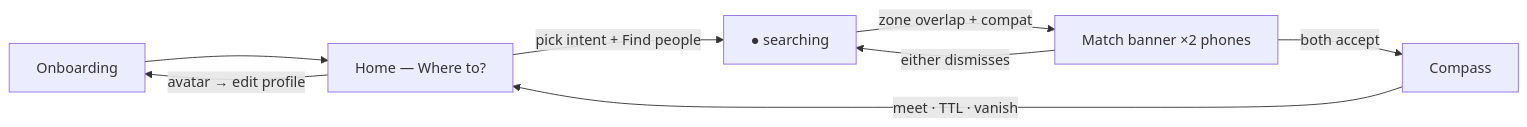
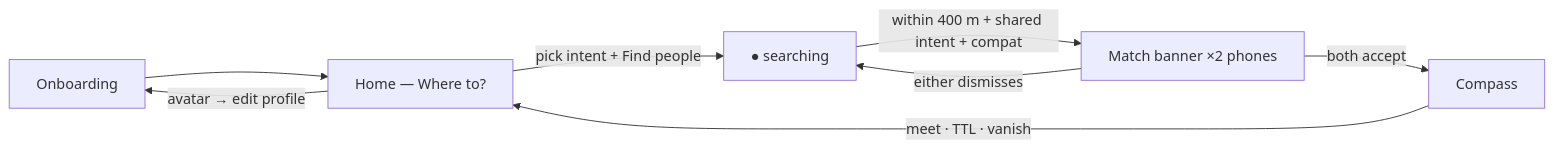
The first of 2 diagrams in docs/STRUCTURE.md (uteg-labs/just-mate), drawn with Mermaid before and after one commit. The commit also changed other lines of this file and 6 other files, not shown here.

````diff
--- a/docs/STRUCTURE.md
+++ b/docs/STRUCTURE.md
@@ -9,10 +9,10 @@
 ```mermaid
 flowchart LR
     O[Onboarding] --> H[Home — Where to?]
     H -->|pick intent + Find people| S[● searching]
-    S -->|zone overlap + compat| M[Match banner ×2 phones]
+    S -->|within 400 m + shared intent + compat| M[Match banner ×2 phones]
     M -->|both accept| C[Compass]
     M -->|either dismisses| S
     C -->|meet · TTL · vanish| H
     H -->|avatar → edit profile| O
 ```
````
